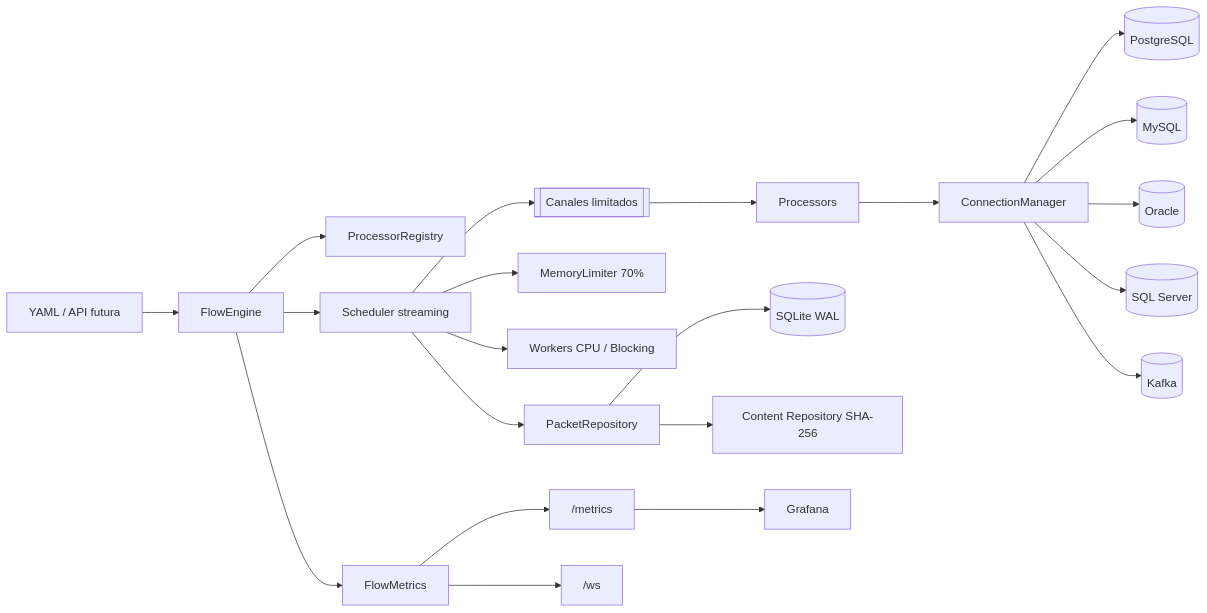
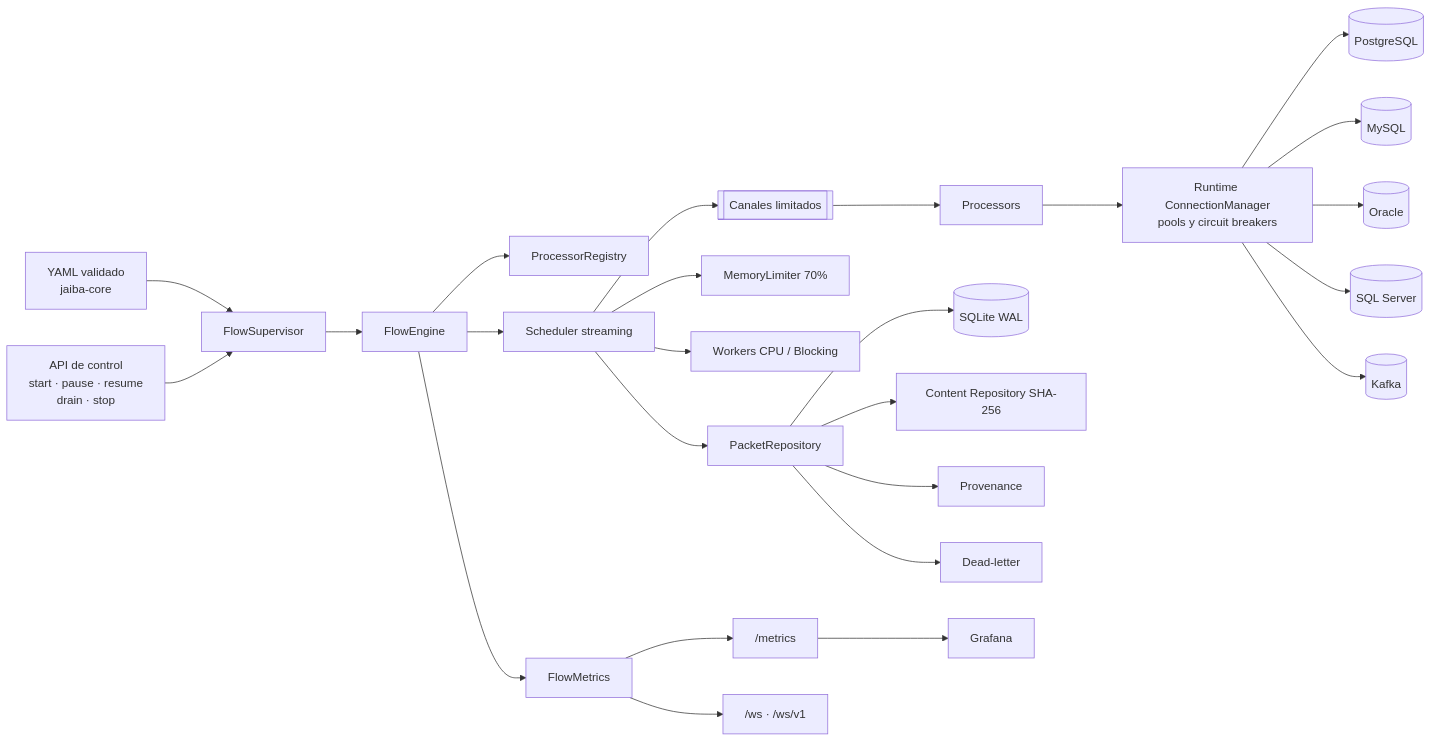
One commit to dfr2098/jaiva changed the diagram in docs/architecture.md. Above: the diagram before and after it, drawn with Mermaid. The commit also changed 27 other files, not shown here.

````diff
--- a/docs/architecture.md
+++ b/docs/architecture.md
@@ -14,26 +14,31 @@
 ```mermaid
 flowchart LR
-    CONFIG["YAML / API futura"] --> ENGINE["FlowEngine"]
+    CONFIG["YAML validado<br/>jaiba-core"] --> SUPERVISOR["FlowSupervisor"]
+    SUPERVISOR --> ENGINE["FlowEngine"]
     ENGINE --> REGISTRY["ProcessorRegistry"]
     ENGINE --> SCHEDULER["Scheduler streaming"]
     SCHEDULER --> CHANNELS[["Canales limitados"]]
     CHANNELS --> PROCESSORS["Processors"]
 
-    PROCESSORS --> CONNECTIONS["ConnectionManager"]
+    PROCESSORS --> CONNECTIONS["Runtime ConnectionManager<br/>pools y circuit breakers"]
     CONNECTIONS --> PG[(PostgreSQL)]
     CONNECTIONS --> MYSQL[(MySQL)]
     CONNECTIONS --> ORACLE[(Oracle)]
     CONNECTIONS --> MSSQL[(SQL Server)]
     CONNECTIONS --> KAFKA[(Kafka)]
 
     SCHEDULER --> MEMORY["MemoryLimiter 70%"]
     SCHEDULER --> WORKERS["Workers CPU / Blocking"]
     SCHEDULER --> REPOSITORY["PacketRepository"]
     REPOSITORY --> SQLITE[(SQLite WAL)]
     REPOSITORY --> CONTENT["Content Repository SHA-256"]
 
     ENGINE --> METRICS["FlowMetrics"]
     METRICS --> PROM["/metrics"]
-    METRICS --> WS["/ws"]
+    METRICS --> WS["/ws · /ws/v1"]
     PROM --> GRAFANA["Grafana"]
+
+    CONTROL["API de control<br/>start · pause · resume<br/>drain · stop"] --> SUPERVISOR
+    REPOSITORY --> PROVENANCE["Provenance"]
+    REPOSITORY --> DLQ["Dead-letter"]
 ```
````
